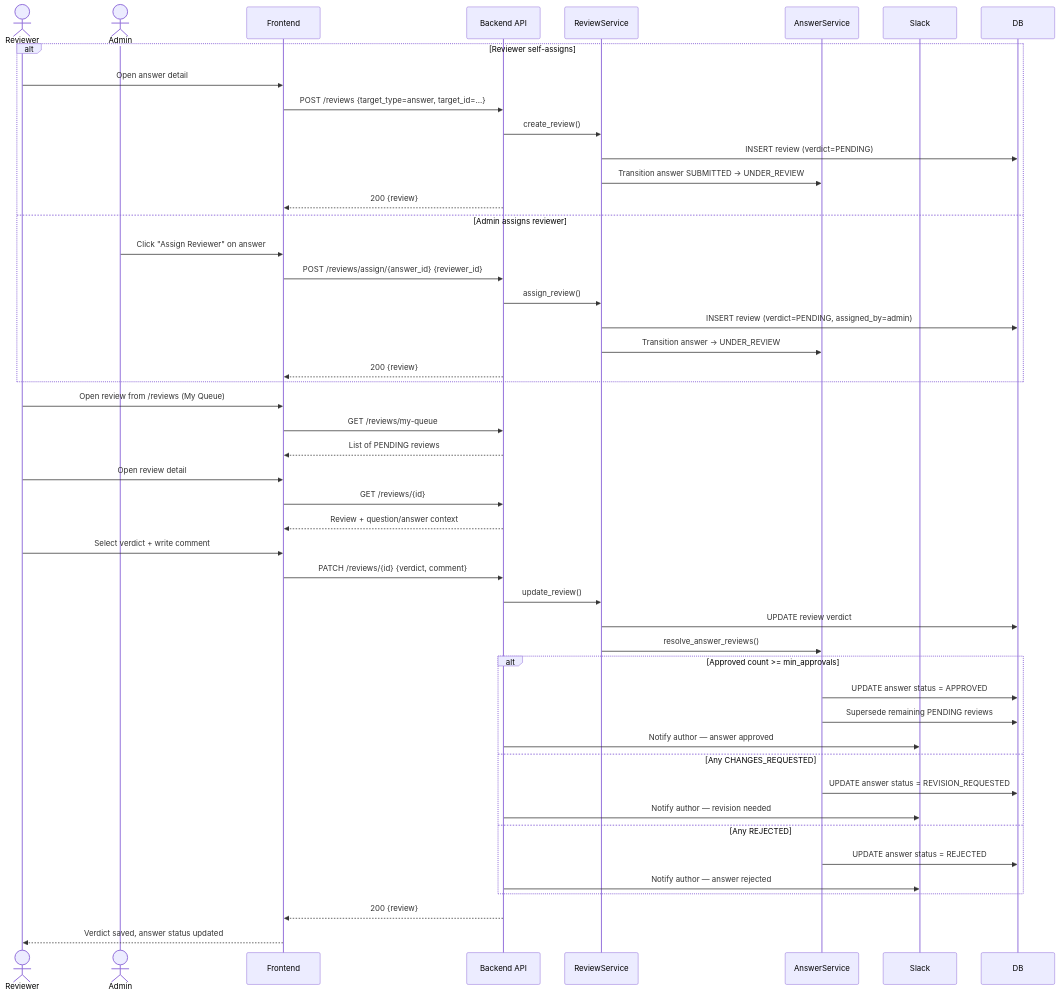
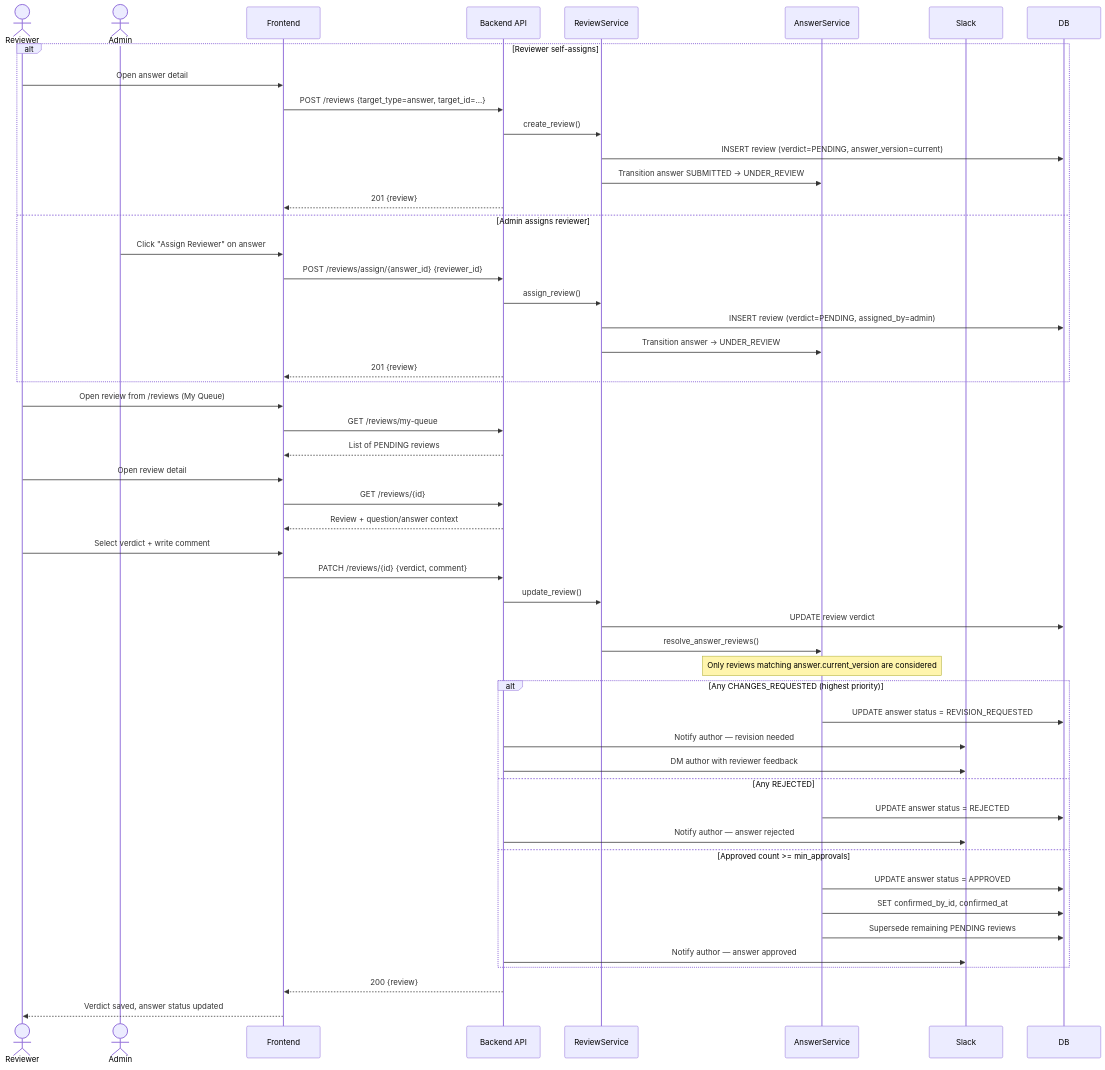
The sixth of 17 diagrams in docs/sequence-diagrams.md (keytech42/tacit-knowledge-elicitation), drawn with Mermaid before and after one commit. The commit also changed other lines of this file, not shown here.

First line of the commit message:
Fix sequence diagram inaccuracies and add state machine notes

````diff
--- a/docs/sequence-diagrams.md
+++ b/docs/sequence-diagrams.md
@@ -203,56 +206,60 @@
 ```mermaid
 sequenceDiagram
     actor Reviewer
     actor Admin
     participant Frontend
     participant Backend as Backend API
     participant RService as ReviewService
     participant AService as AnswerService
     participant Slack
     participant DB
 
     alt Reviewer self-assigns
         Reviewer->>Frontend: Open answer detail
         Frontend->>Backend: POST /reviews {target_type=answer, target_id=...}
         Backend->>RService: create_review()
-        RService->>DB: INSERT review (verdict=PENDING)
-        RService->>AService: Transition answer SUBMITTED → UNDER_REVIEW
-        Backend-->>Frontend: 200 {review}
+        RService->>DB: INSERT review (verdict=PENDING, answer_version=current)
+        RService->>AService: Transition answer SUBMITTED -> UNDER_REVIEW
+        Backend-->>Frontend: 201 {review}
     else Admin assigns reviewer
         Admin->>Frontend: Click "Assign Reviewer" on answer
         Frontend->>Backend: POST /reviews/assign/{answer_id} {reviewer_id}
         Backend->>RService: assign_review()
         RService->>DB: INSERT review (verdict=PENDING, assigned_by=admin)
-        RService->>AService: Transition answer → UNDER_REVIEW
-        Backend-->>Frontend: 200 {review}
+        RService->>AService: Transition answer -> UNDER_REVIEW
+        Backend-->>Frontend: 201 {review}
     end
 
     Reviewer->>Frontend: Open review from /reviews (My Queue)
     Frontend->>Backend: GET /reviews/my-queue
     Backend-->>Frontend: List of PENDING reviews
 
     Reviewer->>Frontend: Open review detail
     Frontend->>Backend: GET /reviews/{id}
     Backend-->>Frontend: Review + question/answer context
 
     Reviewer->>Frontend: Select verdict + write comment
     Frontend->>Backend: PATCH /reviews/{id} {verdict, comment}
     Backend->>RService: update_review()
     RService->>DB: UPDATE review verdict
     RService->>AService: resolve_answer_reviews()
 
-    alt Approved count >= min_approvals
-        AService->>DB: UPDATE answer status = APPROVED
-        AService->>DB: Supersede remaining PENDING reviews
-        Backend->>Slack: Notify author — answer approved
-    else Any CHANGES_REQUESTED
+    Note over AService: Only reviews matching answer.current_version are considered
+
+    alt Any CHANGES_REQUESTED (highest priority)
         AService->>DB: UPDATE answer status = REVISION_REQUESTED
         Backend->>Slack: Notify author — revision needed
+        Backend->>Slack: DM author with reviewer feedback
     else Any REJECTED
         AService->>DB: UPDATE answer status = REJECTED
         Backend->>Slack: Notify author — answer rejected
+    else Approved count >= min_approvals
+        AService->>DB: UPDATE answer status = APPROVED
+        AService->>DB: SET confirmed_by_id, confirmed_at
+        AService->>DB: Supersede remaining PENDING reviews
+        Backend->>Slack: Notify author — answer approved
     end
 
     Backend-->>Frontend: 200 {review}
     Frontend-->>Reviewer: Verdict saved, answer status updated
 ```
````
